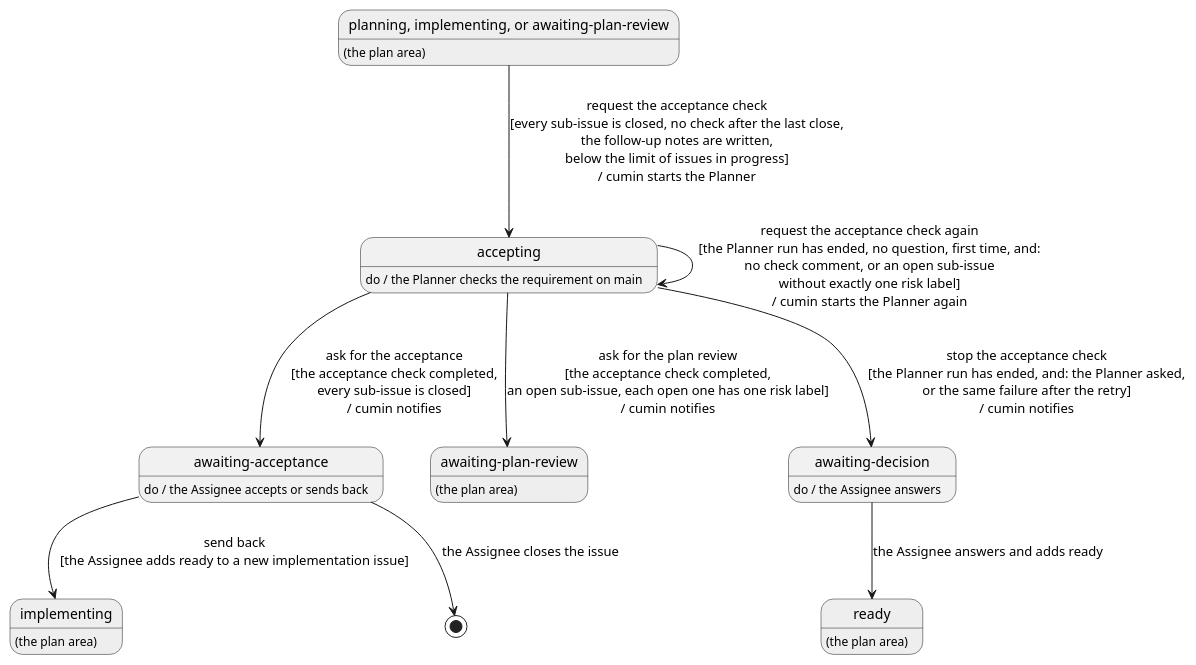
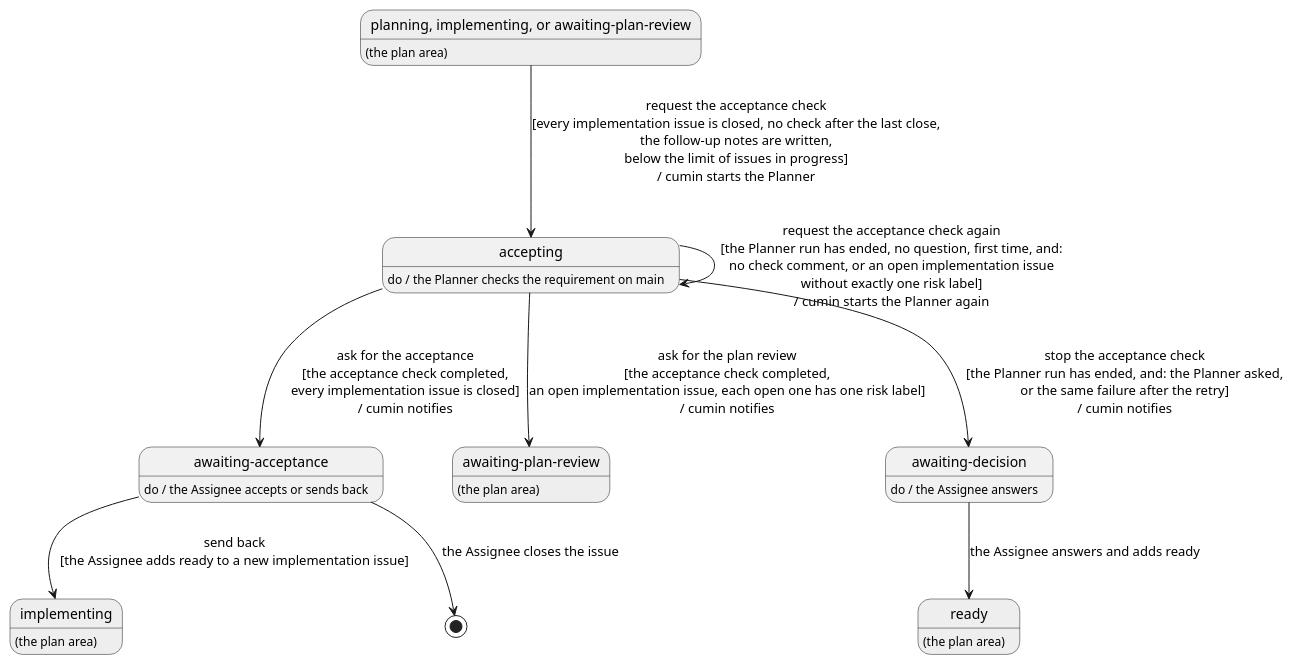
The diagram in docs/ja/requirements/accept/overview.puml (cloveclovedev/cumin-works), drawn with PlantUML before and after one commit. The commit also changed 2 other files, not shown here.

Commit message:
docs(requirements): call the sub-issues of ACCEPT implementation issues
Every sub-issue of a requirement issue is an implementation issue, the
owner tasks too, so ACCEPT uses the word of the glossary. ACCEPT-009 lists
what the Planner writes for each item.

Requirement-Unchanged: CWK-ACCEPT-001
Requirement-Unchanged: CWK-ACCEPT-002
Requirement-Unchanged: CWK-ACCEPT-003
Requirement-Unchanged: CWK-ACCEPT-004
Requirement-Unchanged: CWK-ACCEPT-005
Requirement-Unchanged: CWK-ACCEPT-009
Requirement-Unchanged: CWK-ACCEPT-010
Requirement-Unchanged: CWK-ACCEPT-012
Requirement-Unchanged: CWK-ACCEPT-013
Requirement-Unchanged: CWK-ACCEPT-015
Requirement-Unchanged: CWK-ACCEPT-016

Claude-Session: https://claude.ai/code/session_016tkMojagRLLJdZue2gpRyn

```diff
--- a/docs/ja/requirements/accept/overview.puml
+++ b/docs/ja/requirements/accept/overview.puml
@@ -1,39 +1,39 @@
 @startuml overview
 ' cumin-works - the states of a requirement issue in the acceptance stage.
 ' A state is a label on GitHub, written without "cumin/status/". "do /" says who works in the state.
 ' A transition is written: action [guard] / what cumin does. A gray state belongs to another area.
 ' Render: run scripts/render-diagrams.sh at the root of the repository.
 
 hide empty description
 
 state "planning, implementing, or awaiting-plan-review" as Before #EEEEEE
 Before : (the plan area)
 
 state "accepting" as Accepting
 Accepting : do / the Planner checks the requirement on main
 
 state "awaiting-acceptance" as AwaitingAcceptance
 AwaitingAcceptance : do / the Assignee accepts or sends back
 
 state "awaiting-plan-review" as PlanReview #EEEEEE
 PlanReview : (the plan area)
 
 state "implementing" as Implementing #EEEEEE
 Implementing : (the plan area)
 
 state "awaiting-decision" as Decision
 Decision : do / the Assignee answers
 
 state "ready" as Ready #EEEEEE
 Ready : (the plan area)
 
-Before --> Accepting : request the acceptance check\n[every sub-issue is closed, no check after the last close,\nthe follow-up notes are written,\nbelow the limit of issues in progress]\n/ cumin starts the Planner
-Accepting --> AwaitingAcceptance : ask for the acceptance\n[the acceptance check completed,\nevery sub-issue is closed]\n/ cumin notifies
-Accepting --> PlanReview : ask for the plan review\n[the acceptance check completed,\nan open sub-issue, each open one has one risk label]\n/ cumin notifies
-Accepting --> Accepting : request the acceptance check again\n[the Planner run has ended, no question, first time, and:\nno check comment, or an open sub-issue\nwithout exactly one risk label]\n/ cumin starts the Planner again
+Before --> Accepting : request the acceptance check\n[every implementation issue is closed, no check after the last close,\nthe follow-up notes are written,\nbelow the limit of issues in progress]\n/ cumin starts the Planner
+Accepting --> AwaitingAcceptance : ask for the acceptance\n[the acceptance check completed,\nevery implementation issue is closed]\n/ cumin notifies
+Accepting --> PlanReview : ask for the plan review\n[the acceptance check completed,\nan open implementation issue, each open one has one risk label]\n/ cumin notifies
+Accepting --> Accepting : request the acceptance check again\n[the Planner run has ended, no question, first time, and:\nno check comment, or an open implementation issue\nwithout exactly one risk label]\n/ cumin starts the Planner again
 Accepting --> Decision : stop the acceptance check\n[the Planner run has ended, and: the Planner asked,\nor the same failure after the retry]\n/ cumin notifies
 AwaitingAcceptance --> [*] : the Assignee closes the issue
 AwaitingAcceptance --> Implementing : send back\n[the Assignee adds ready to a new implementation issue]
 Decision --> Ready : the Assignee answers and adds ready
 
 @enduml
```
